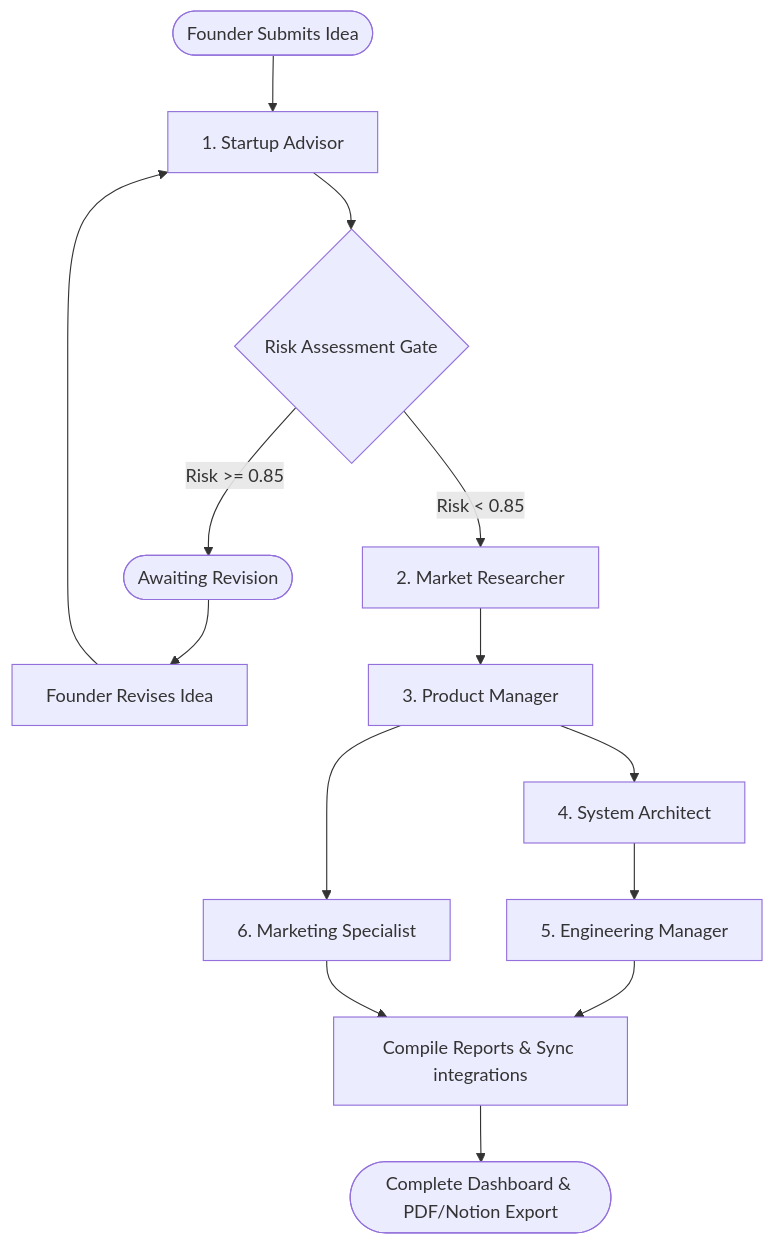
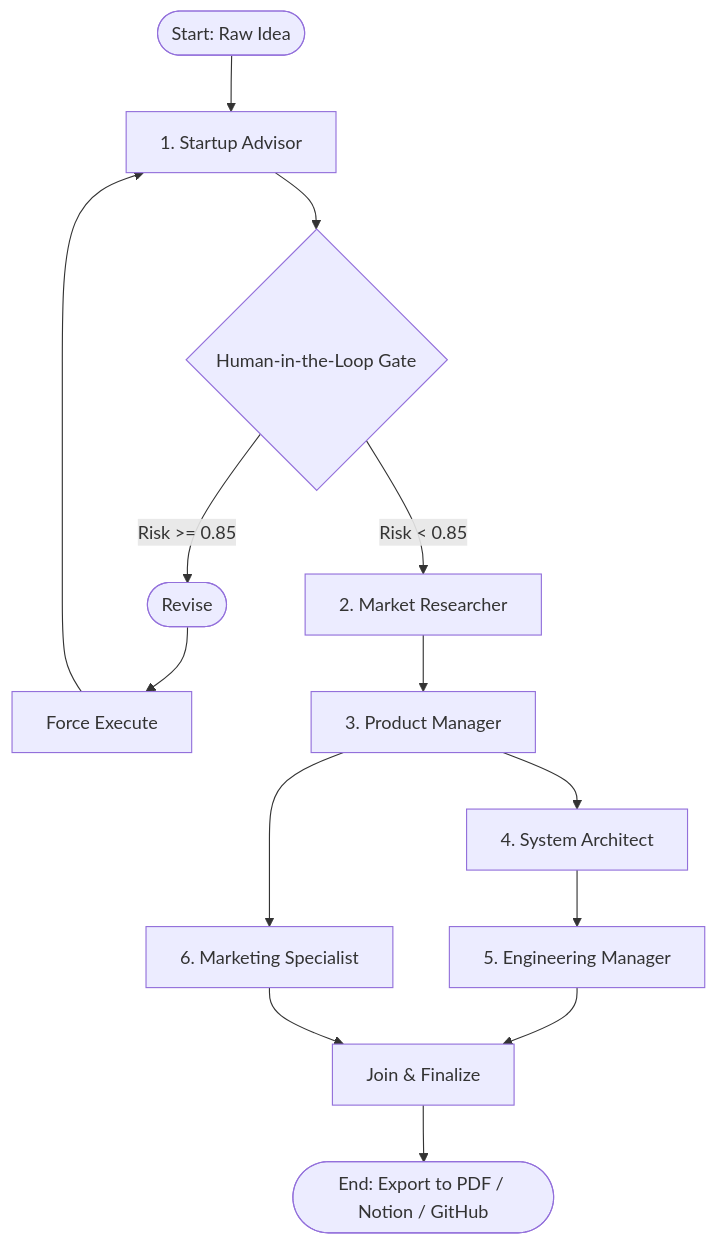
One commit to varun2507027108-oss/blueprint changed the diagram in README.md. Above: the diagram before and after it, drawn with Mermaid. The commit also changed other lines of this file, not shown here.

````diff
--- a/README.md
+++ b/README.md
@@ -18,23 +13,23 @@
 ```mermaid
 graph TD
-    Start([ Founder Submits Idea ]) --> Advisor[1. Startup Advisor]
-    Advisor --> Gate{Risk Assessment Gate}
+    Start([ Start: Raw Idea ]) --> Advisor[1. Startup Advisor]
+    Advisor --> Gate{Human-in-the-Loop Gate}
     
-    Gate -- Risk >= 0.85 --> Interrupted([ Awaiting Revision ])
-    Interrupted --> Resume[Founder Revises Idea]
+    Gate -- Risk >= 0.85 --> Interrupted([ Revise ])
+    Interrupted --> Resume[Force Execute]
     Resume --> Advisor
     
     Gate -- Risk < 0.85 --> Researcher[2. Market Researcher]
     Researcher --> PM[3. Product Manager]
     
     %% Parallel Branching
     PM --> Architect[4. System Architect]
     PM --> Marketing[6. Marketing Specialist]
     
     Architect --> EM[5. Engineering Manager]
     
-    EM --> Join[Compile Reports & Sync integrations]
+    EM --> Join[Join & Finalize]
     Marketing --> Join
     
-    Join --> End([ Complete Dashboard & PDF/Notion Export ])
+    Join --> End([ End: Export to PDF / Notion / GitHub ])
 ```
````
